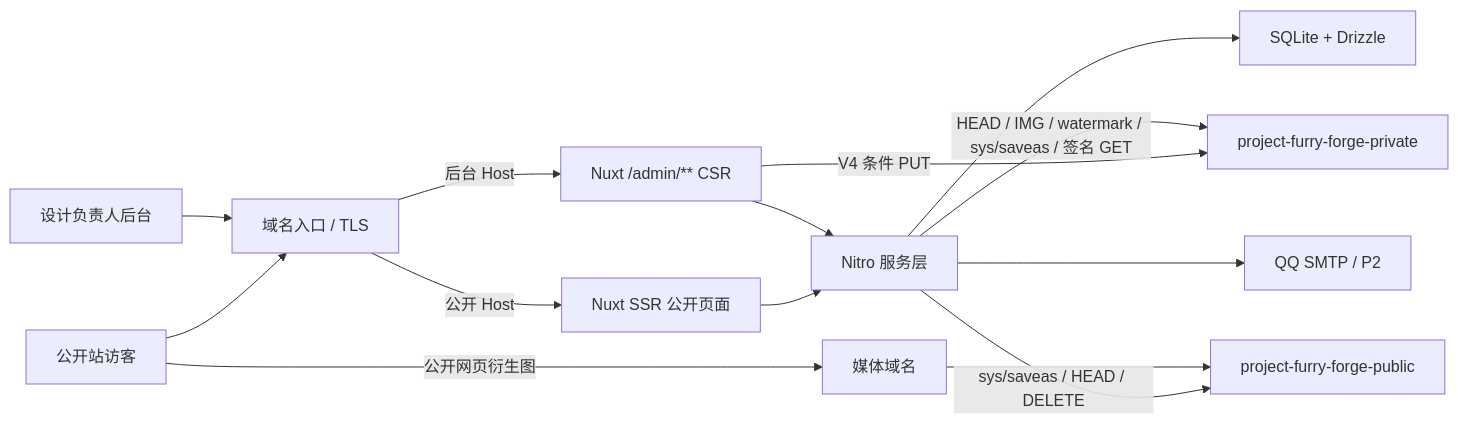
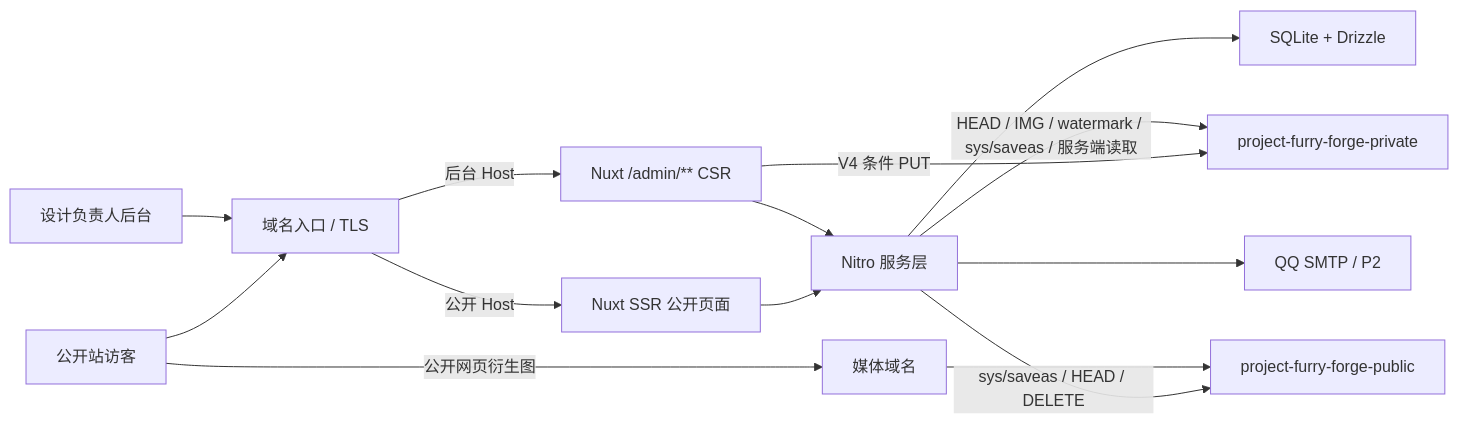
Before and after one commit to WangMinan/project-fur-forge: the diagram in agent_docs/需求1-兽装工作室主页/planning/PLAN.md, drawn with Mermaid. The commit also changed other lines of this file and 41 other files, not shown here.

````diff
--- a/agent_docs/需求1-兽装工作室主页/planning/PLAN.md
+++ b/agent_docs/需求1-兽装工作室主页/planning/PLAN.md
@@ -50,16 +50,16 @@
 ```mermaid
 flowchart LR
     visitor[公开站访客] --> proxy[域名入口 / TLS]
     admin[设计负责人后台] --> proxy
     proxy -->|公开 Host| public[Nuxt SSR 公开页面]
     proxy -->|后台 Host| adminui[Nuxt /admin/** CSR]
     public --> api[Nitro 服务层]
     adminui --> api
     api --> db[SQLite + Drizzle]
     adminui -->|V4 条件 PUT| private[project-furry-forge-private]
-    api -->|HEAD / IMG / watermark / sys/saveas / 签名 GET| private
+    api -->|HEAD / IMG / watermark / sys/saveas / 服务端读取| private
     api -->|sys/saveas / HEAD / DELETE| publicbucket[project-furry-forge-public]
     visitor -->|公开网页衍生图| media[媒体域名]
     media --> publicbucket
     api --> smtp[QQ SMTP / P2]
 ```
````
